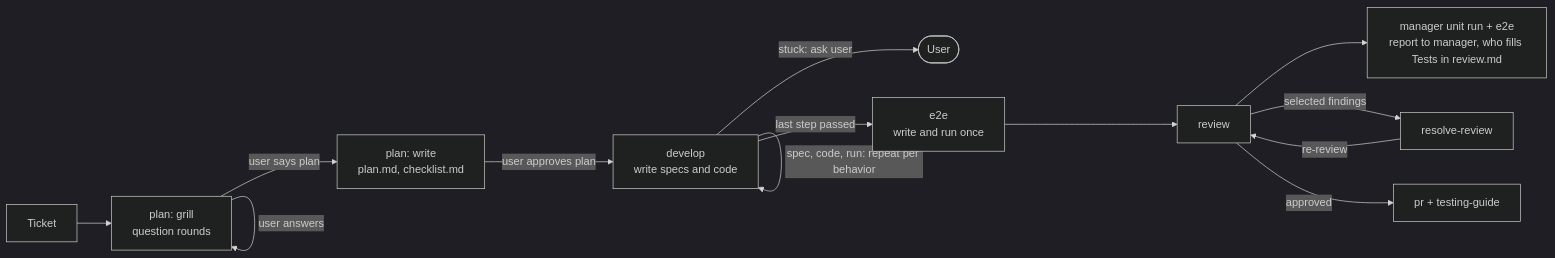
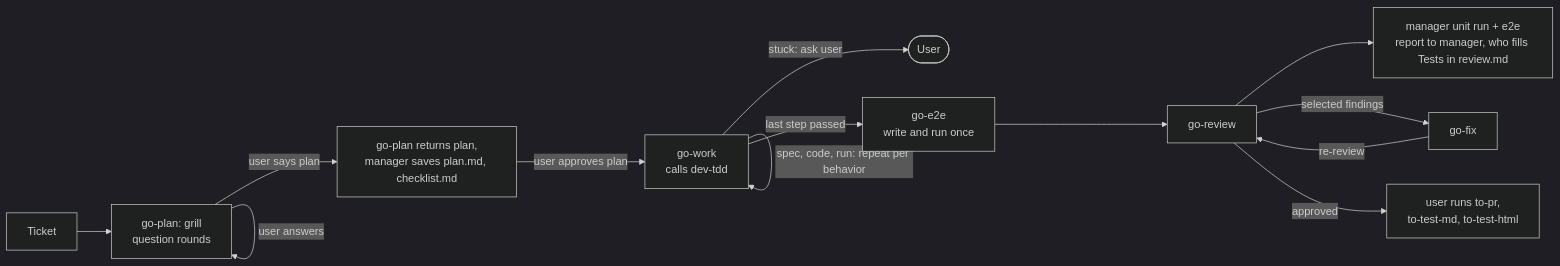
One commit to le0u0/just-do-it changed the second of 3 diagrams in docs/architecture/ARCHITECTURE.md. Above: the diagram before and after it, drawn with Mermaid (dark theme). The commit also changed other lines of this file and 95 other files, not shown here.

First line of the commit message:
refactor!: rename skills to go-/dev-/start-/to- and make the manager own docs

````diff
--- a/docs/architecture/ARCHITECTURE.md
+++ b/docs/architecture/ARCHITECTURE.md
@@ -17,15 +17,15 @@
 ```mermaid
 flowchart LR
-    T[Ticket] --> TH[plan: grill<br/>question rounds]
+    T[Ticket] --> TH[go-plan: grill<br/>question rounds]
     TH -->|user answers| TH
-    TH -->|user says plan| PL[plan: write<br/>plan.md, checklist.md]
-    PL -->|user approves plan| S[develop<br/>write specs and code]
+    TH -->|user says plan| PL[go-plan returns plan,<br/>manager saves plan.md, checklist.md]
+    PL -->|user approves plan| S[go-work<br/>calls dev-tdd]
     S -->|spec, code, run: repeat per behavior| S
     S -->|stuck: ask user| U2([User])
-    S -->|last step passed| E2[e2e<br/>write and run once]
-    E2 --> RV[review]
+    S -->|last step passed| E2[go-e2e<br/>write and run once]
+    E2 --> RV[go-review]
     RV --> UT2[manager unit run + e2e<br>report to manager, who fills Tests in review.md]
-    RV -->|selected findings| RS[resolve-review]
+    RV -->|selected findings| RS[go-fix]
     RS -->|re-review| RV
-    RV -->|approved| PR[pr + testing-guide]
+    RV -->|approved| PR[user runs to-pr,<br/>to-test-md, to-test-html]
 ```
````
